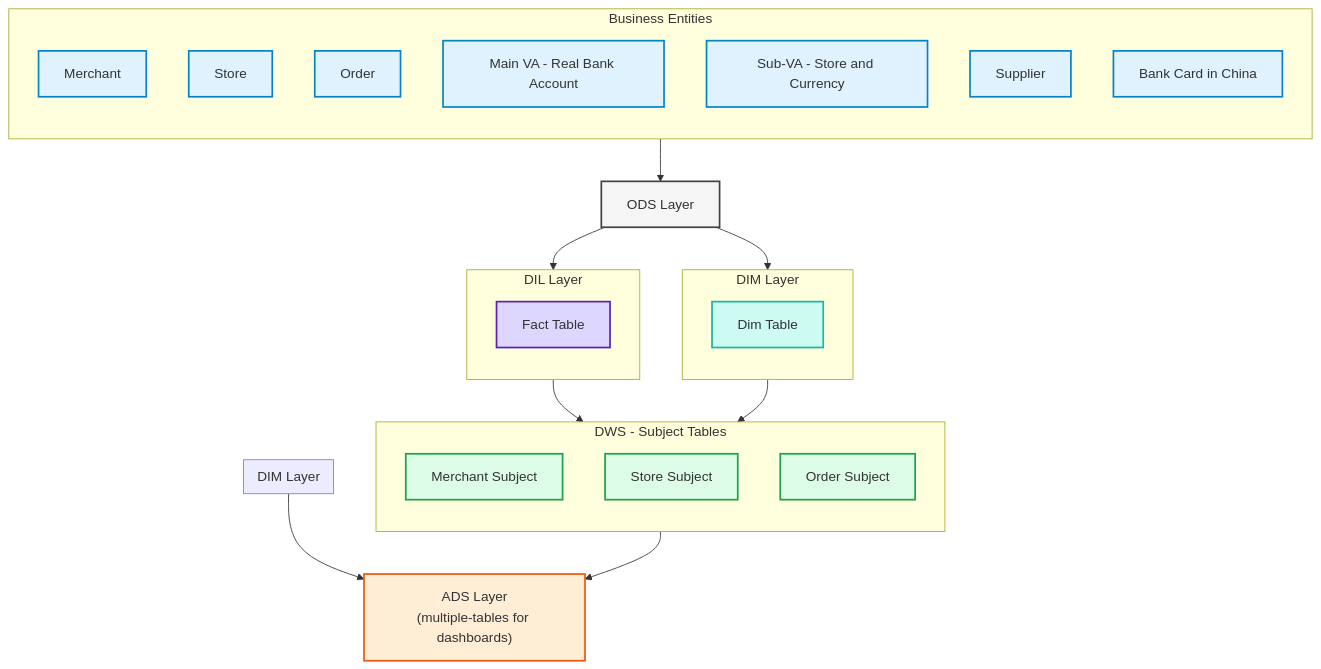
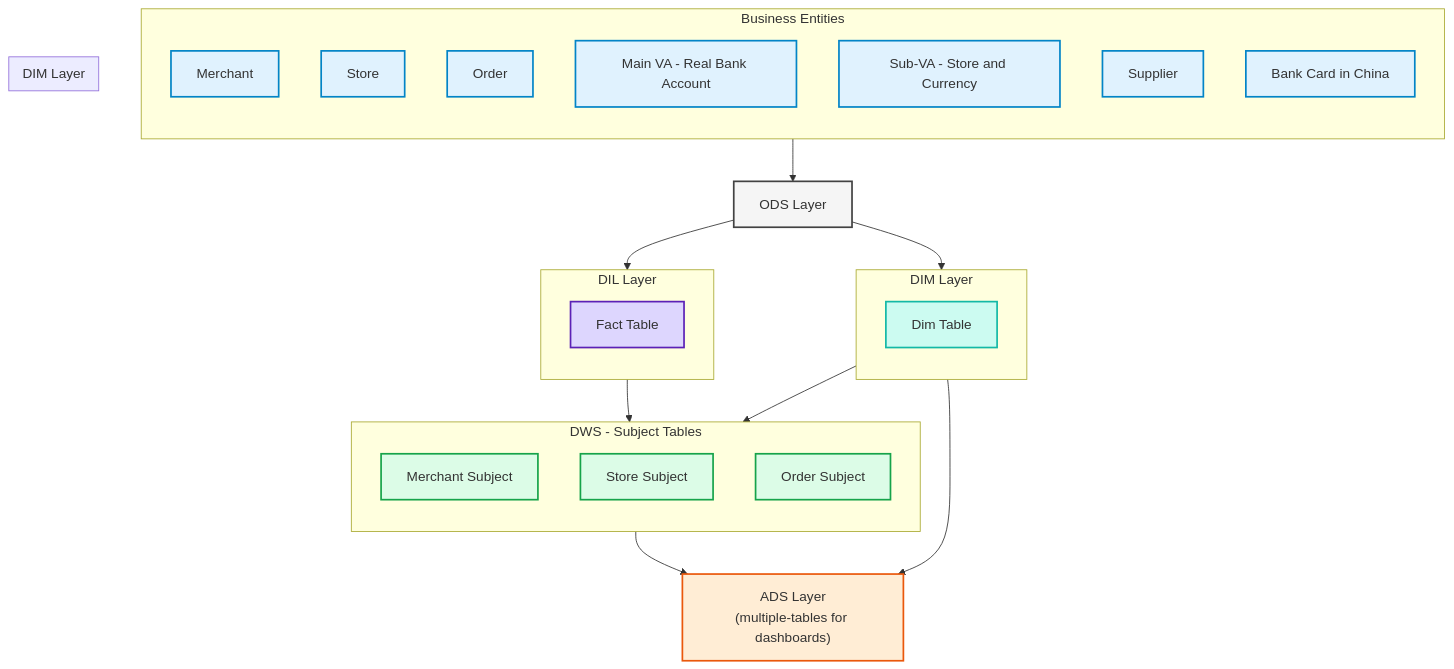
One commit to blaire101/data-warehouse-solutions changed the diagram in DW-QA.md. Above: the diagram before and after it, drawn with Mermaid.

````diff
--- a/DW-QA.md
+++ b/DW-QA.md
@@ -35,65 +35,65 @@
 ```mermaid
 flowchart TB
   %% ============ Business Entities ============
   subgraph BIZ["Business Entities"]
     direction TB
     M[Merchant]:::biz
     S[Store]:::biz
     O[Order]:::biz
     VAM[Main VA - Real Bank Account]:::biz
     VAS[Sub-VA - Store and Currency]:::biz
     SUP[Supplier]:::biz
     CNBK[Bank Card in China]:::biz
   end
 
   %% ============ ODS ============
   ODS[ODS Layer]:::ods
 
   %% ============ DIL ============
   subgraph DIL["DIL Layer"]
     direction TB
     FACT[Fact Table]:::fact
   end
 
   %% ============ DIM ============
   subgraph DIM["DIM Layer"]
     direction TB
     DIM_T[Dim Table]:::dim
   end
 
   %% ============ DWS ============
   subgraph DWS["DWS - Subject Tables"]
     direction TB
     DWS_M[Merchant Subject]:::dws
     DWS_S[Store Subject]:::dws
     DWS_O[Order Subject]:::dws
   end
 
   %% ============ DIM 2============
   subgraph DIM2["DIM Layer"]
     direction TB
     DIM_T[Dim Table]:::dim
   end
 
   %% ============ ADS ============
   ADS["ADS Layer<br>(multiple-tables for dashboards)"]:::ads
 
   %% ============ Mappings ============
   BIZ-->ODS
   ODS-->DIL
   ODS-->DIM
   DIL-->DWS
   DIM-->DWS
   DWS-->ADS
-  DIM2-->ADS
+  DIM-->ADS
 
   %% ============ Styles ============
   classDef biz fill:#e0f2fe,stroke:#0284c7,stroke-width:2px,color:#075985;   %% light blue
   classDef ods fill:#f5f5f5,stroke:#424242,stroke-width:2px,color:#212121;   %% gray
   classDef dil fill:#ede9fe,stroke:#7c3aed,stroke-width:2px,color:#4c1d95;   %% purple
   classDef fact fill:#ddd6fe,stroke:#5b21b6,stroke-width:2px,color:#3730a3; %% darker purple
   classDef dim fill:#ccfbf1,stroke:#14b8a6,stroke-width:2px,color:#0f766e;  %% teal
   classDef dim2 fill:#ccfbf1,stroke:#14b8a6,stroke-width:2px,color:#0f766e;  %% teal
   classDef dws fill:#dcfce7,stroke:#16a34a,stroke-width:2px,color:#166534;  %% green
   classDef ads fill:#ffedd5,stroke:#ea580c,stroke-width:2px,color:#7c2d12;  %% orange
 ```
````
